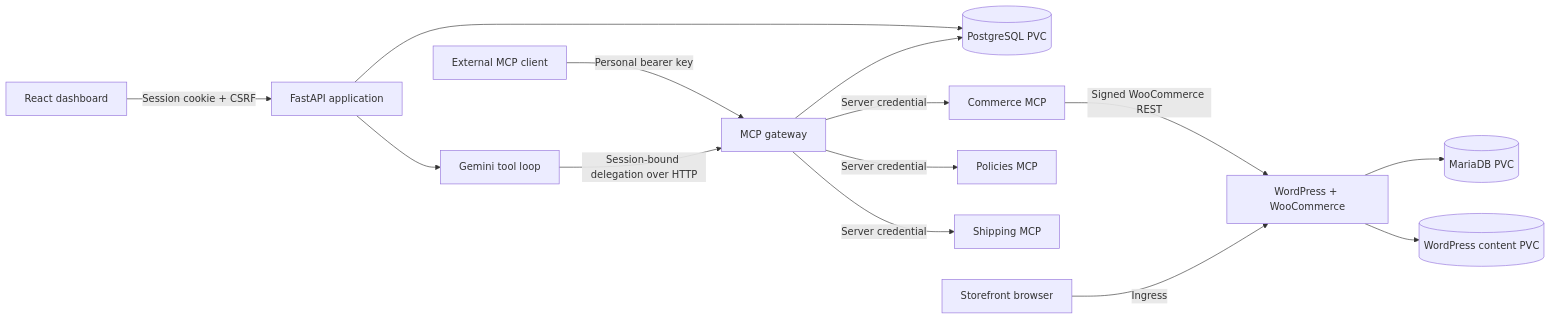
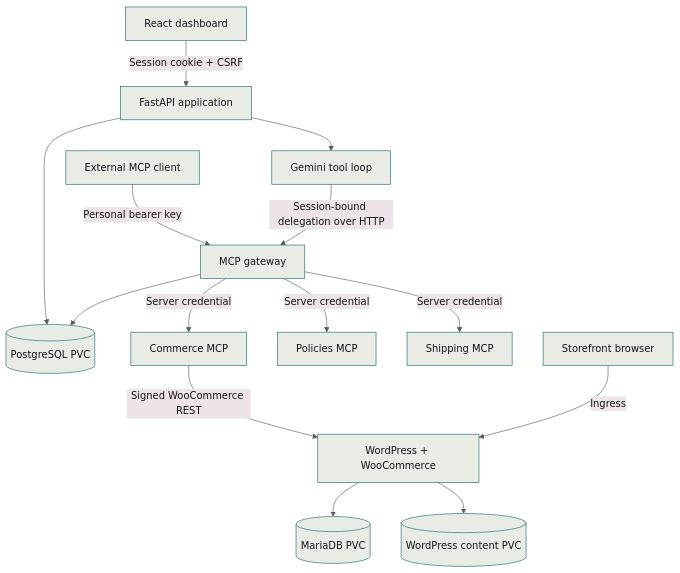
The diagram in docs/system-design.md (satwiksps/harbor), drawn with Mermaid before and after one commit. The commit also changed other lines of this file and 16 other files, not shown here.

````diff
--- a/docs/system-design.md
+++ b/docs/system-design.md
@@ -7,16 +7,29 @@
 ```mermaid
-flowchart LR
+---
+config:
+  flowchart:
+    useMaxWidth: false
+  theme: base
+  themeVariables:
+    primaryColor: "#e8ece4"
+    primaryBorderColor: "#136b69"
+    primaryTextColor: "#121517"
+    lineColor: "#545d56"
+---
+flowchart TB
+    accTitle: Commerce Console request and storage paths
+    accDescr: Dashboard sessions and external API keys reach the FastAPI application and MCP gateway. Chat executes tools through the same gateway. Three upstreams provide commerce, policies and shipping; commerce calls WooCommerce. PostgreSQL, MariaDB and WordPress content use persistent volumes.
     UI[React dashboard] -->|Session cookie + CSRF| API[FastAPI application]
     CLI[External MCP client] -->|Personal bearer key| GW[MCP gateway]
     API --> CHAT[Gemini tool loop]
     CHAT -->|Session-bound delegation over HTTP| GW
     API --> PG[(PostgreSQL PVC)]
     GW --> PG
     GW -->|Server credential| WOO[Commerce MCP]
     GW -->|Server credential| POLICY[Policies MCP]
     GW -->|Server credential| SHIP[Shipping MCP]
     WOO -->|Signed WooCommerce REST| WP[WordPress + WooCommerce]
     SHOP[Storefront browser] -->|Ingress| WP
     WP --> DB[(MariaDB PVC)]
     WP --> FILES[(WordPress content PVC)]
 ```
````
